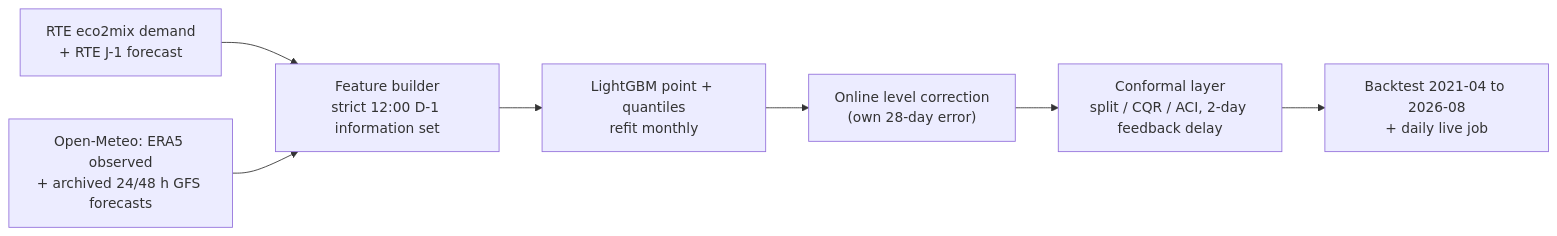
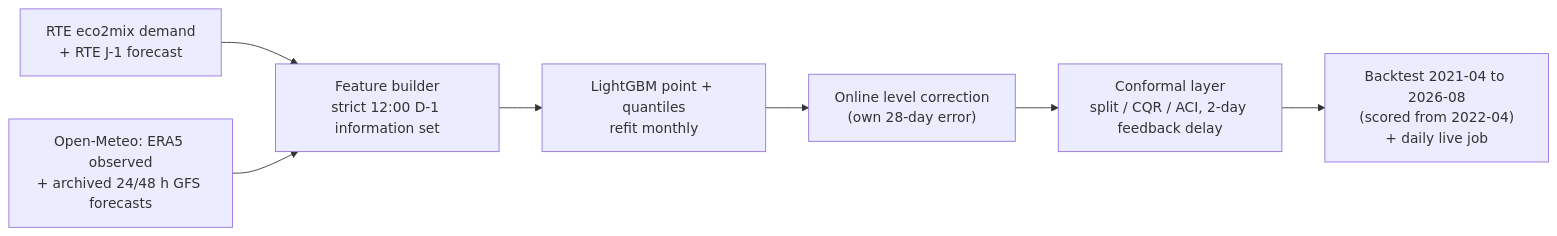
The diagram in README.md (Pchambet/gridcast), drawn with Mermaid before and after one commit. The commit also changed other lines of this file, not shown here.

````diff
--- a/README.md
+++ b/README.md
@@ -25,9 +26,9 @@
 ```mermaid
 flowchart LR
   A["RTE eco2mix demand<br/>+ RTE J-1 forecast"] --> C
   B["Open-Meteo: ERA5 observed<br/>+ archived 24/48 h GFS forecasts"] --> C
   C["Feature builder<br/>strict 12:00 D-1 information set"] --> D["LightGBM point + quantiles<br/>refit monthly"]
   D --> E["Online level correction<br/>(own 28-day error)"]
   E --> F["Conformal layer<br/>split / CQR / ACI, 2-day feedback delay"]
-  F --> G["Backtest 2021-04 to 2026-08<br/>+ daily live job"]
+  F --> G["Backtest 2021-04 to 2026-08<br/>(scored from 2022-04)<br/>+ daily live job"]
 ```
````
